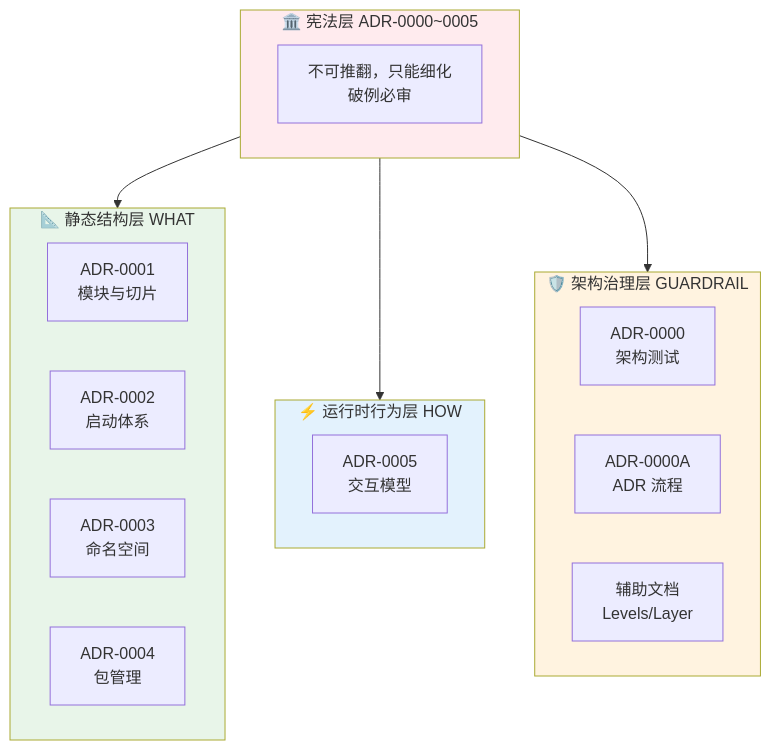
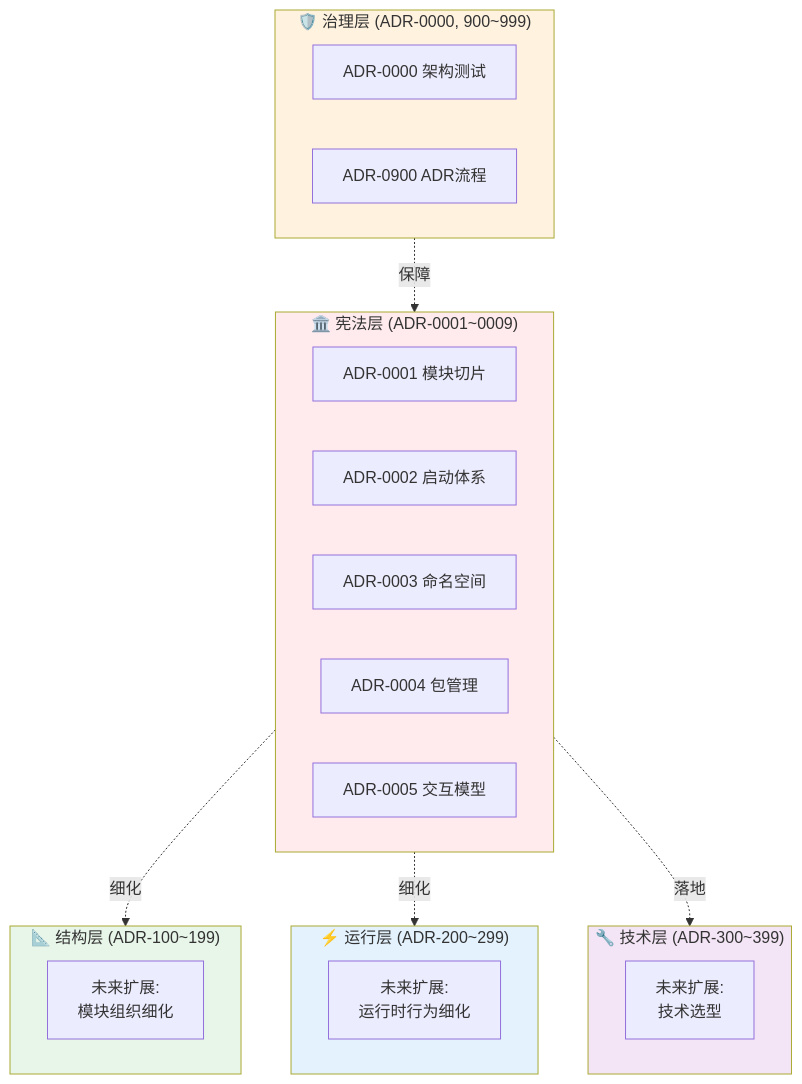
The diagram in docs/adr/README.md (douhuaa/Zss.BilliardHall), drawn with Mermaid before and after one commit. The commit also changed other lines of this file and 15 other files, not shown here.

````diff
--- a/docs/adr/README.md
+++ b/docs/adr/README.md
@@ -15,32 +44,38 @@
 ```mermaid
 graph TB
-    subgraph Constitutional[🏛️ 宪法层 ADR-0000~0005]
-        CONST[不可推翻，只能细化<br/>破例必审]
+    subgraph Constitutional["🏛️ 宪法层 (ADR-0001~0009)"]
+        C1[ADR-0001 模块切片]
+        C2[ADR-0002 启动体系]
+        C3[ADR-0003 命名空间]
+        C4[ADR-0004 包管理]
+        C5[ADR-0005 交互模型]
     end
     
-    Constitutional --> Structure
-    Constitutional --> Runtime
-    Constitutional --> Governance
-    
-    subgraph Structure[📐 静态结构层 WHAT]
-        ADR1[ADR-0001<br/>模块与切片]
-        ADR2[ADR-0002<br/>启动体系]
-        ADR3[ADR-0003<br/>命名空间]
-        ADR4[ADR-0004<br/>包管理]
+    subgraph Governance["🛡️ 治理层 (ADR-0000, 900~999)"]
+        G0[ADR-0000 架构测试]
+        G900[ADR-0900 ADR流程]
     end
     
-    subgraph Runtime[⚡ 运行时行为层 HOW]
-        ADR5[ADR-0005<br/>交互模型]
+    subgraph Structure["📐 结构层 (ADR-100~199)"]
+        S[未来扩展:<br/>模块组织细化]
     end
     
-    subgraph Governance[🛡️ 架构治理层 GUARDRAIL]
-        ADR0[ADR-0000<br/>架构测试]
-        ADR0A[ADR-0000A<br/>ADR 流程]
-        AUX[辅助文档<br/>Levels/Layer]
+    subgraph Runtime["⚡ 运行层 (ADR-200~299)"]
+        R[未来扩展:<br/>运行时行为细化]
     end
     
+    subgraph Technical["🔧 技术层 (ADR-300~399)"]
+        T[未来扩展:<br/>技术选型]
+    end
+    
+    Governance -.保障.-> Constitutional
+    Constitutional -.细化.-> Structure
+    Constitutional -.细化.-> Runtime
+    Constitutional -.落地.-> Technical
+    
     style Constitutional fill:#ffebee
+    style Governance fill:#fff3e0
     style Structure fill:#e8f5e9
     style Runtime fill:#e3f2fd
-    style Governance fill:#fff3e0
+    style Technical fill:#f3e5f5
 ```
````
